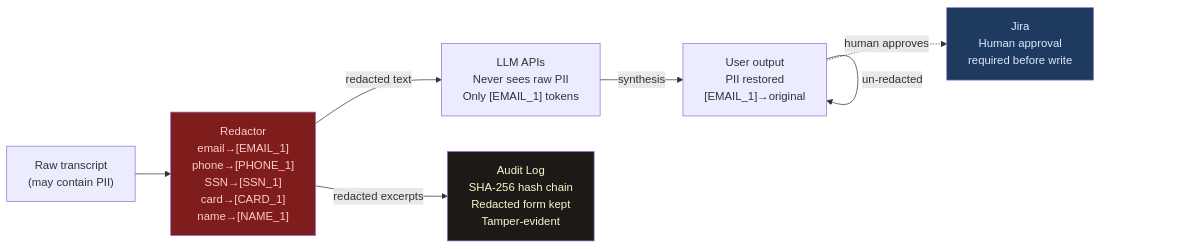
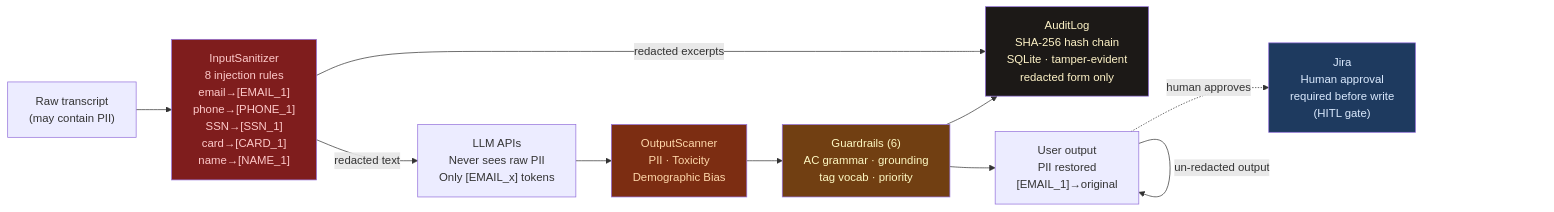
The fourth of 5 diagrams in architecture.md (manikantan-24/northstar-backlog-forge), drawn with Mermaid before and after one commit. The commit also changed other lines of this file and 86 other files, not shown here.

````diff
--- a/architecture.md
+++ b/architecture.md
@@ -195,20 +229,25 @@
 ```mermaid
 flowchart LR
     T["Raw transcript\n(may contain PII)"]
-    R["Redactor\nemail→[EMAIL_1]\nphone→[PHONE_1]\nSSN→[SSN_1]\ncard→[CARD_1]\nname→[NAME_1]"]
-    LLM["LLM APIs\nNever sees raw PII\nOnly [EMAIL_1] tokens"]
-    A["Audit Log\nSHA-256 hash chain\nRedacted form kept\nTamper-evident"]
+    R["InputSanitizer\n8 injection rules\nemail→[EMAIL_1]\nphone→[PHONE_1]\nSSN→[SSN_1]\ncard→[CARD_1]\nname→[NAME_1]"]
+    LLM["LLM APIs\nNever sees raw PII\nOnly [EMAIL_x] tokens"]
+    OS["OutputScanner\nPII · Toxicity\nDemographic Bias"]
+    GR["Guardrails (6)\nAC grammar · grounding\ntag vocab · priority"]
+    A["AuditLog\nSHA-256 hash chain\nSQLite · tamper-evident\nredacted form only"]
     U["User output\nPII restored\n[EMAIL_1]→original"]
-    J["Jira\nHuman approval\nrequired before write"]
+    J["Jira\nHuman approval\nrequired before write\n(HITL gate)"]
 
     T --> R
     R -->|redacted text| LLM
     R -->|redacted excerpts| A
-    LLM -->|synthesis| U
-    U -->|un-redacted| U
+    LLM --> OS --> GR --> U
+    GR --> A
+    U -->|un-redacted output| U
     U -.->|human approves| J
 
     style R fill:#7f1d1d,color:#fecaca
+    style OS fill:#7c2d12,color:#fed7aa
+    style GR fill:#713f12,color:#fef9c3
     style A fill:#1c1917,color:#fef3c7
     style J fill:#1e3a5f,color:#dbeafe
 ```
````
